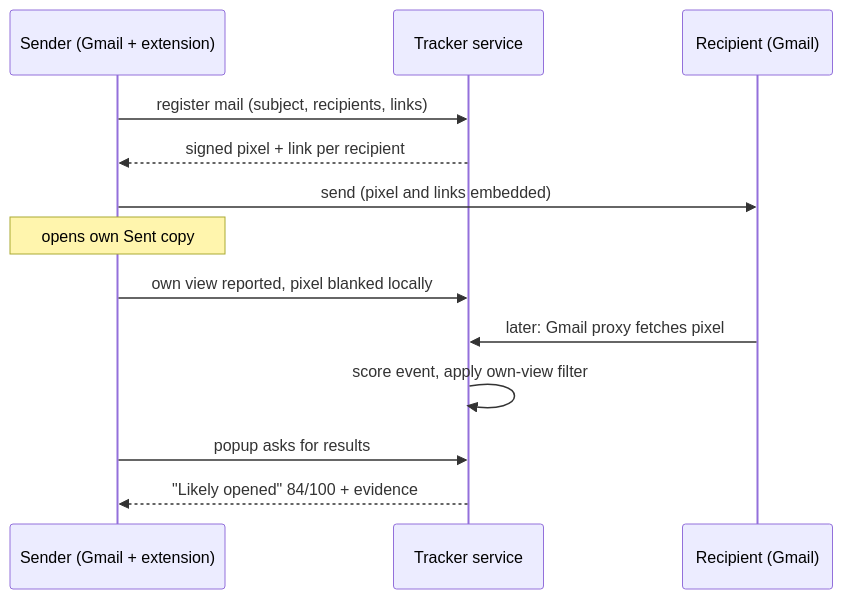
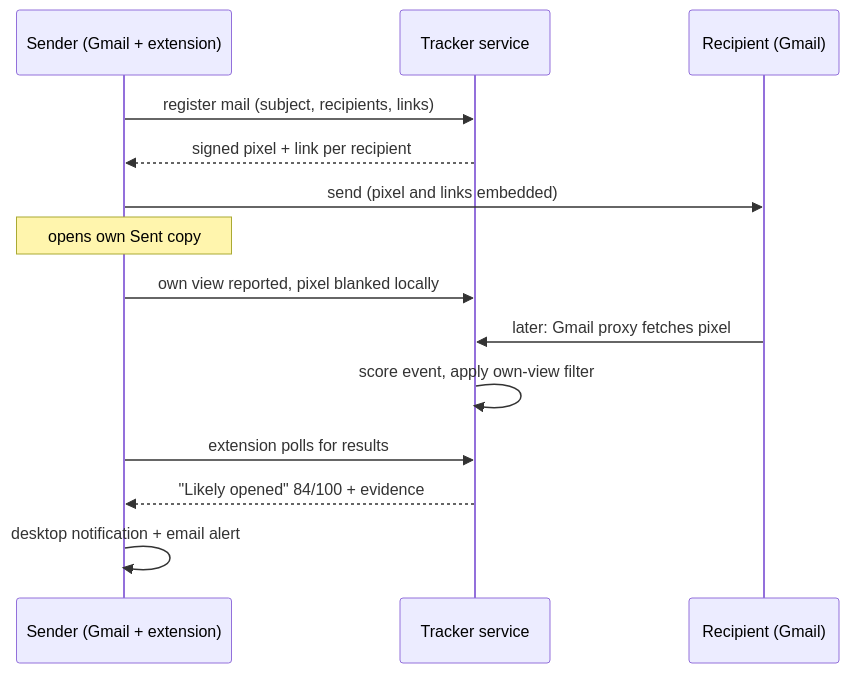
Before and after one commit to Badalsingh25/gmail-open-tracker: the second of 2 diagrams in README.md, drawn with Mermaid. The commit also changed other lines of this file and 3 other files, not shown here.

````diff
--- a/README.md
+++ b/README.md
@@ -57,15 +191,16 @@
 ```mermaid
 sequenceDiagram
   participant S as Sender (Gmail + extension)
   participant T as Tracker service
   participant R as Recipient (Gmail)
   S->>T: register mail (subject, recipients, links)
   T-->>S: signed pixel + link per recipient
   S->>R: send (pixel and links embedded)
   Note over S: opens own Sent copy
   S->>T: own view reported, pixel blanked locally
   R->>T: later: Gmail proxy fetches pixel
   T->>T: score event, apply own-view filter
-  S->>T: popup asks for results
+  S->>T: extension polls for results
   T-->>S: "Likely opened" 84/100 + evidence
+  S->>S: desktop notification + email alert
 ```
````
